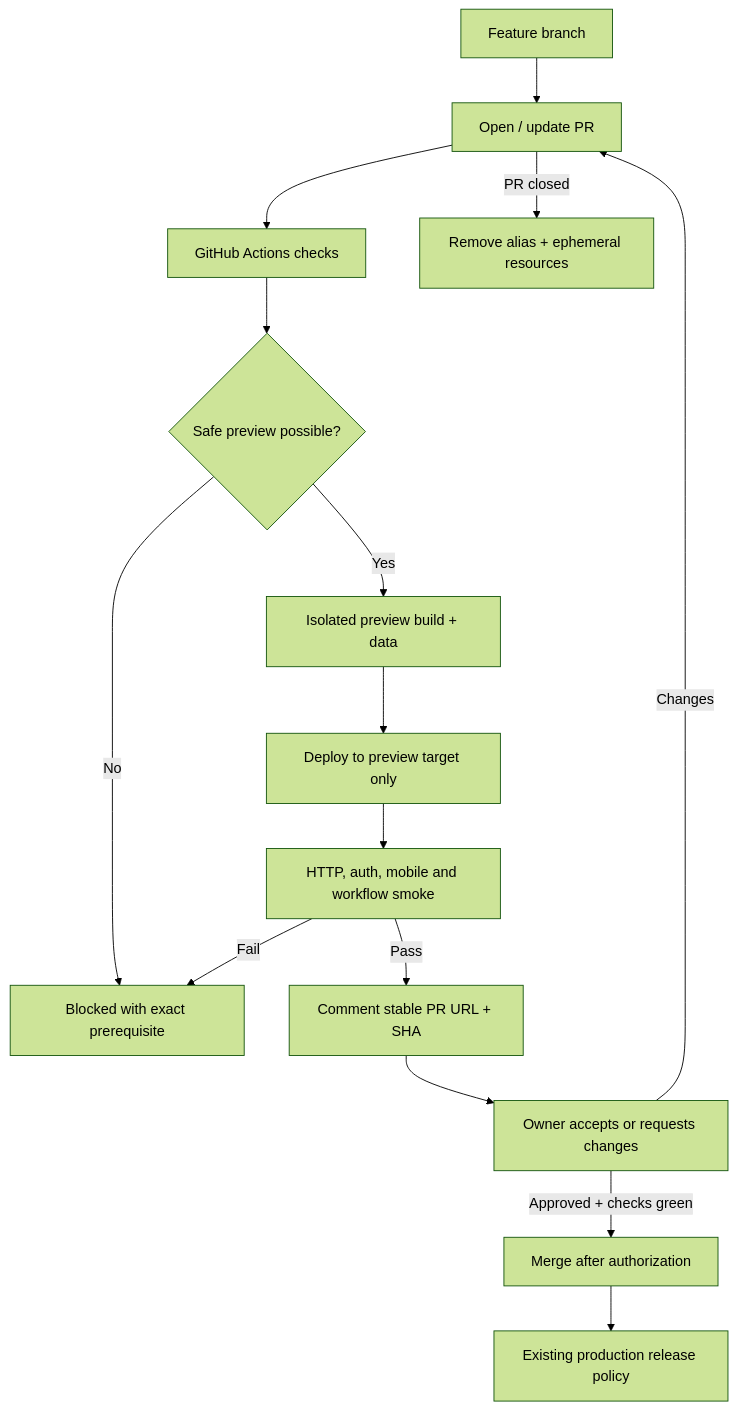
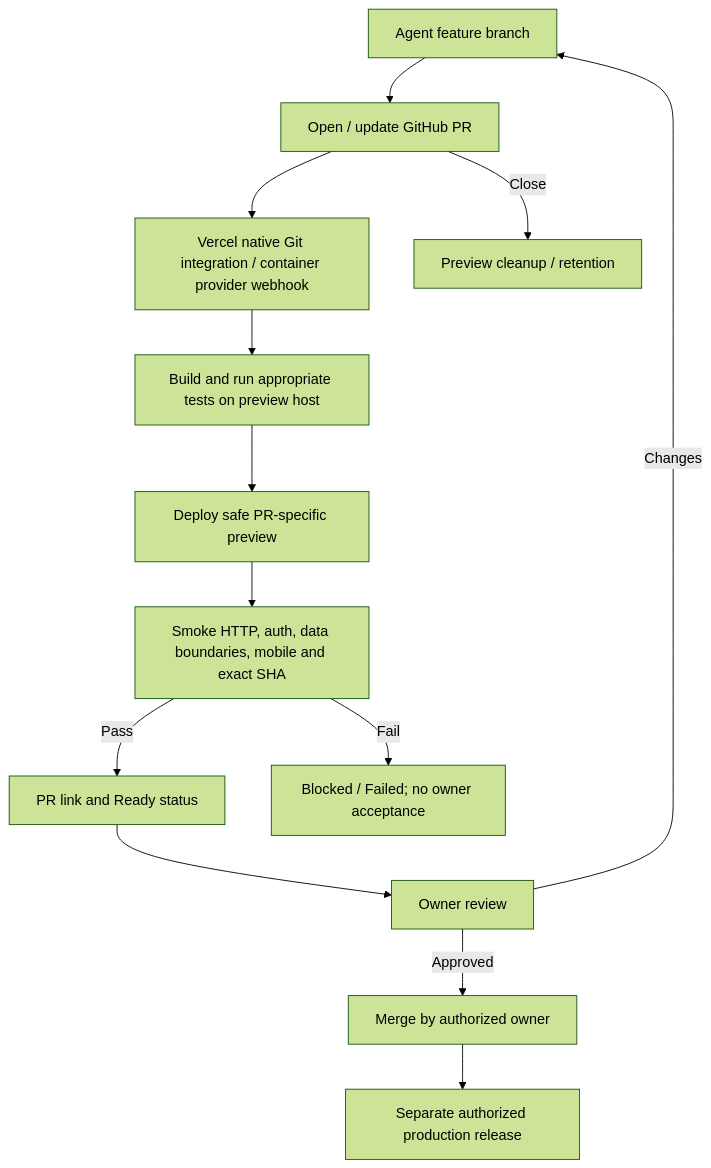
One commit to redd1975/headspace-finance-atlas changed the diagram in docs/UNIVERSAL-PR-PREVIEW-STANDARD.md. Above: the diagram before and after it, drawn with Mermaid (forest theme). The commit also changed other lines of this file, not shown here.

Commit message:
docs(preview): use Vercel Git integration with zero GitHub Actions preview minutes

````diff
--- a/docs/UNIVERSAL-PR-PREVIEW-STANDARD.md
+++ b/docs/UNIVERSAL-PR-PREVIEW-STANDARD.md
@@ -21,17 +7,15 @@
 ```mermaid
 flowchart TD
- A[Feature branch] --> B[Open / update PR]
- B --> C[GitHub Actions checks]
- C --> D{Safe preview possible?}
- D -->|Yes| E[Isolated preview build + data]
- D -->|No| X[Blocked with exact prerequisite]
- E --> F[Deploy to preview target only]
- F --> G[HTTP, auth, mobile and workflow smoke]
- G -->|Fail| X
- G -->|Pass| H[Comment stable PR URL + SHA]
- H --> I[Owner accepts or requests changes]
- I -->|Changes| B
- I -->|Approved + checks green| J[Merge after authorization]
- J --> K[Existing production release policy]
- B -->|PR closed| Z[Remove alias + ephemeral resources]
+ A[Agent feature branch] --> B[Open / update GitHub PR]
+ B --> C[Vercel native Git integration / container provider webhook]
+ C --> D[Build and run appropriate tests on preview host]
+ D --> E[Deploy safe PR-specific preview]
+ E --> F[Smoke HTTP, auth, data boundaries, mobile and exact SHA]
+ F -->|Pass| G[PR link and Ready status]
+ F -->|Fail| X[Blocked / Failed; no owner acceptance]
+ G --> H[Owner review]
+ H -->|Changes| A
+ H -->|Approved| I[Merge by authorized owner]
+ I --> J[Separate authorized production release]
+ B -->|Close| K[Preview cleanup / retention]
 ```
````
